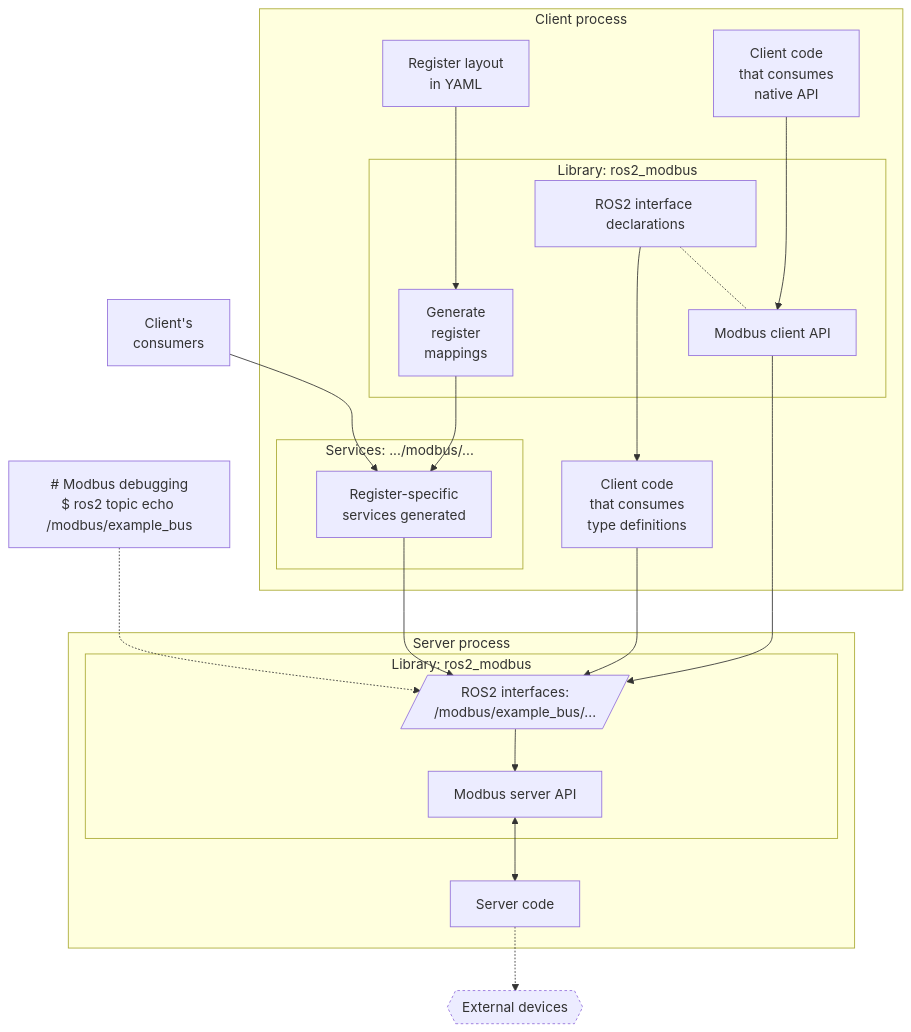
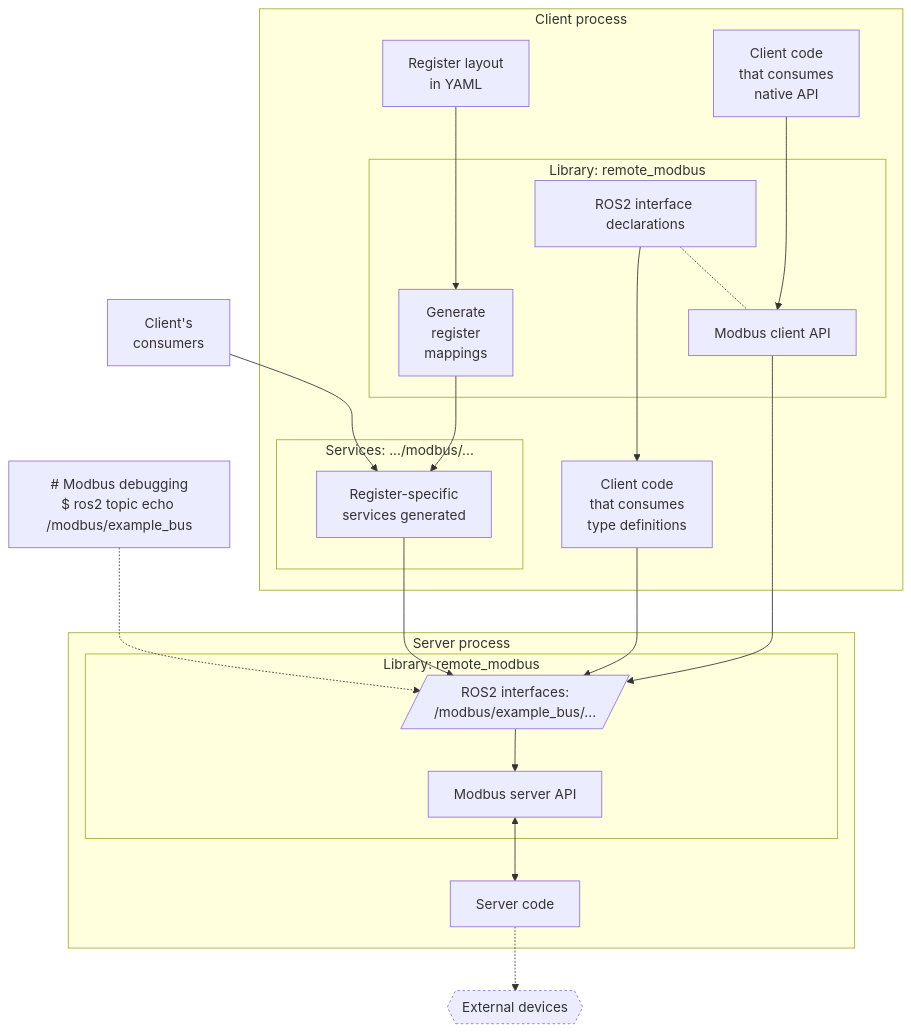
One commit to openvmp/modbus changed the diagram in README.md. Above: the diagram before and after it, drawn with Mermaid. The commit also changed other lines of this file and 15 other files, not shown here.

````diff
--- a/README.md
+++ b/README.md
@@ -27,39 +22,39 @@
 ```mermaid
 flowchart TB
     cli_serial["# Modbus debugging\n$ ros2 topic echo /modbus/example_bus"] .-> topic_modbus[/ROS2 interfaces:\n/modbus/example_bus/.../]
-    subgraph modbus["Library: ros2_modbus"]
+    subgraph modbus["Library: remote_modbus"]
       topic_modbus
     end
     users["Client's\nconsumers"]
     subgraph your_exe["Client process"]
       config["Register layout\nin YAML"]
       subgraph modbus_client_svcs["Services: .../modbus/..."]
         generated_services["Register-specific\nservices generated"]
         generated_services --> topic_modbus
       end
       code_dds["Client code\nthat consumes\ntype definitions"]
       code_api["Client code\nthat consumes\nnative API"]
       code_dds --> topic_modbus
-      subgraph modbus_client_lib["Library: ros2_modbus"]
+      subgraph modbus_client_lib["Library: remote_modbus"]
         generate["Generate\nregister\nmappings"]
         modbus_topics["ROS2 interface declarations"]
         modbus_client["Modbus client API"]
         modbus_topics -.- modbus_client
       end
       config ---> generate
       modbus_topics ---> code_dds
       code_api ---> modbus_client
     end
     users --> generated_services
     generate --> generated_services
     modbus_client --> topic_modbus
     subgraph modbus_exe["Server process"]
       modbus_server["Modbus server API"]
       subgraph modbus
         topic_modbus --> modbus_server
       end
       modbus_server <--> server["Server code"]
     end
     server .-> device{{"External devices"}}
     style device stroke-dasharray: 3 3
 ```
````
